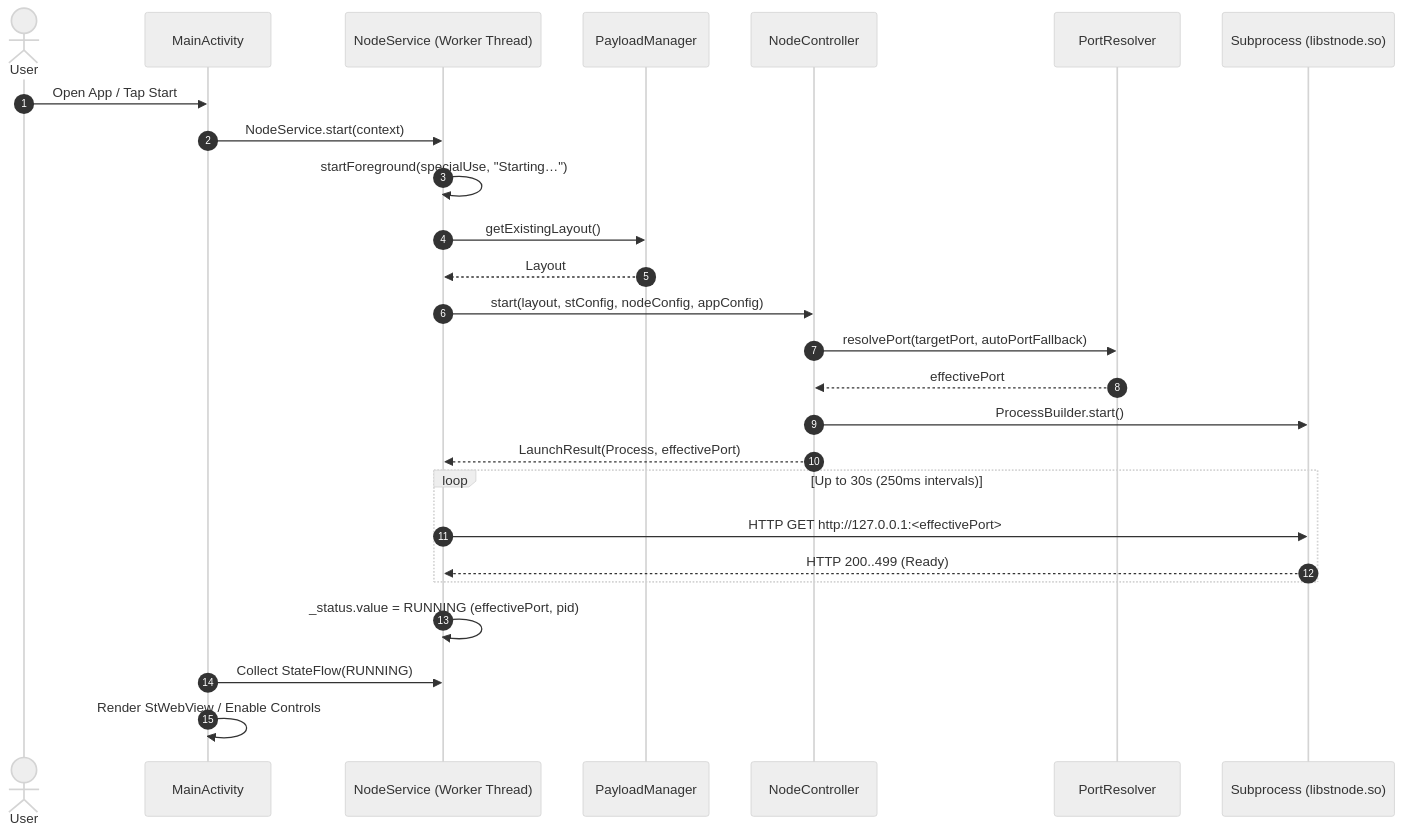
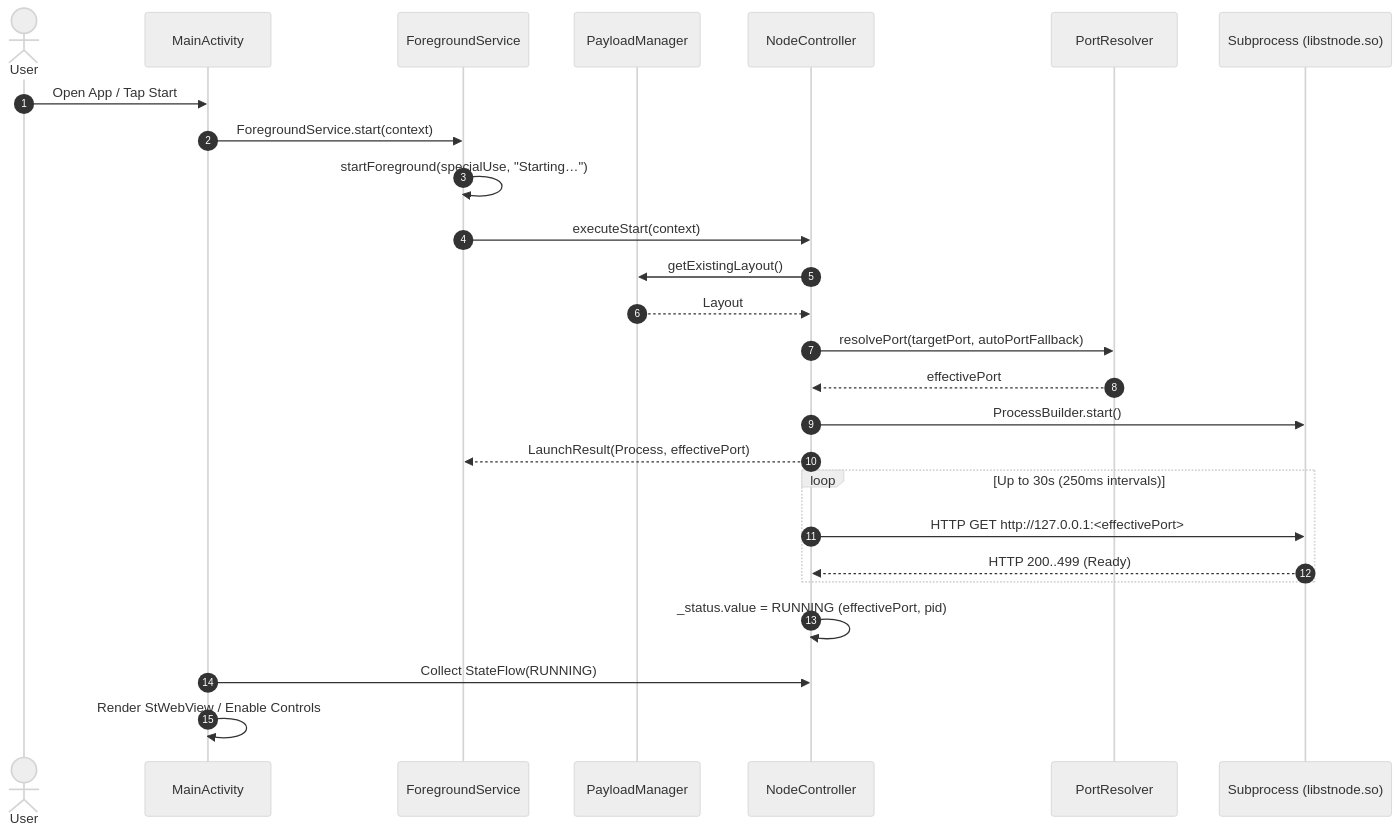
Before and after one commit to OblivCode/ST-Mobile-Android: the first of 2 diagrams in architecture.md, drawn with Mermaid (neutral theme). The commit also changed other lines of this file and 16 other files, not shown here.

````diff
--- a/architecture.md
+++ b/architecture.md
@@ -38,29 +41,29 @@
 ```mermaid
 sequenceDiagram
     autonumber
     actor User
     participant Activity as MainActivity
-    participant Service as NodeService (Worker Thread)
+    participant Service as ForegroundService
     participant PM as PayloadManager
     participant Controller as NodeController
     participant Resolver as PortResolver
     participant Node as Subprocess (libstnode.so)
 
     User->>Activity: Open App / Tap Start
-    Activity->>Service: NodeService.start(context)
+    Activity->>Service: ForegroundService.start(context)
     Service->>Service: startForeground(specialUse, "Starting…")
-    Service->>PM: getExistingLayout()
-    PM-->>Service: Layout
-    Service->>Controller: start(layout, stConfig, nodeConfig, appConfig)
+    Service->>Controller: executeStart(context)
+    Controller->>PM: getExistingLayout()
+    PM-->>Controller: Layout
     Controller->>Resolver: resolvePort(targetPort, autoPortFallback)
     Resolver-->>Controller: effectivePort
     Controller->>Node: ProcessBuilder.start()
     Controller-->>Service: LaunchResult(Process, effectivePort)
     loop Up to 30s (250ms intervals)
-        Service->>Node: HTTP GET http://127.0.0.1:<effectivePort>
-        Node-->>Service: HTTP 200..499 (Ready)
+        Controller->>Node: HTTP GET http://127.0.0.1:<effectivePort>
+        Node-->>Controller: HTTP 200..499 (Ready)
     end
-    Service->>Service: _status.value = RUNNING (effectivePort, pid)
-    Activity->>Service: Collect StateFlow(RUNNING)
+    Controller->>Controller: _status.value = RUNNING (effectivePort, pid)
+    Activity->>Controller: Collect StateFlow(RUNNING)
     Activity->>Activity: Render StWebView / Enable Controls
 ```
````
